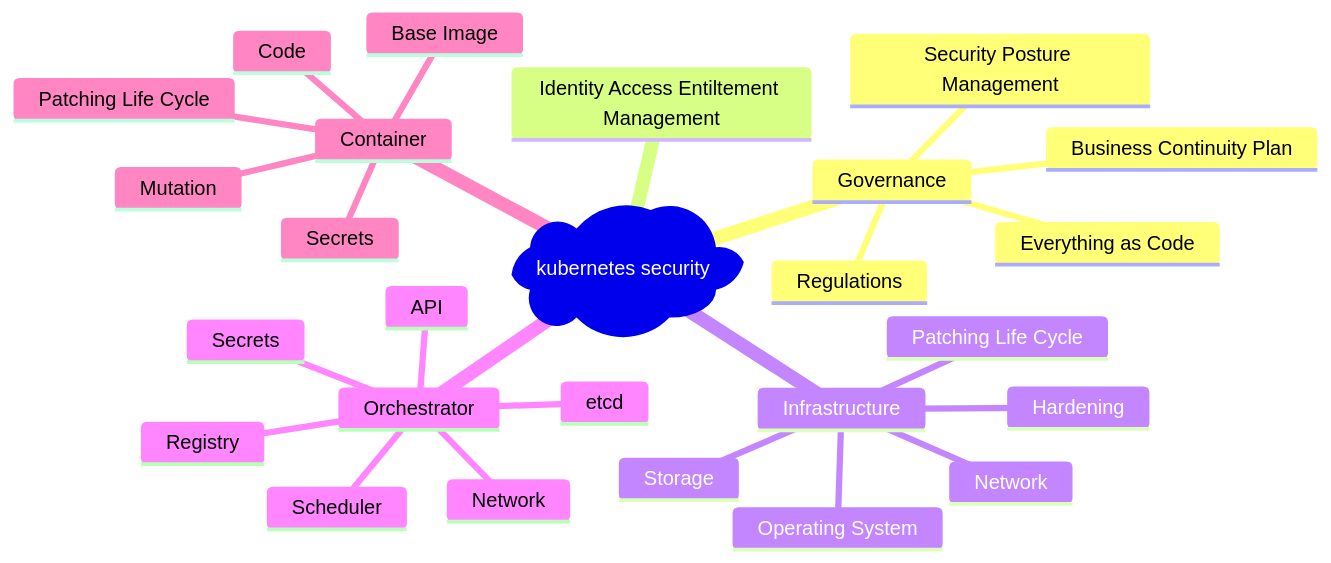
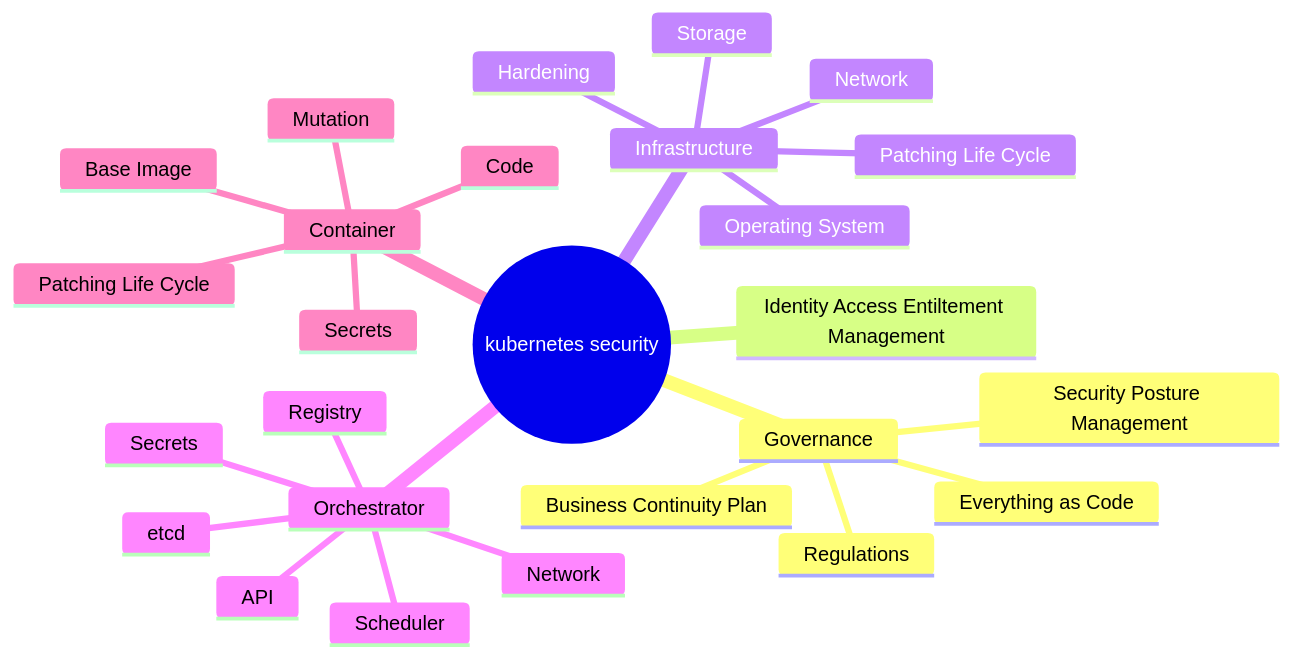
The diagram in docs/community/k8s-secrets.md (beezy-dev/verbose-couscous), drawn with Mermaid before and after one commit.

````diff
--- a/docs/community/k8s-secrets.md
+++ b/docs/community/k8s-secrets.md
@@ -4,29 +4,29 @@
 ```mermaid
-mindmap
-  id)kubernetes security(
-    Governance
-      Everything as Code
-      Regulations
-      Business Continuity Plan 
-      Security Posture Management
-    Identity Access Entiltement Management
-    Infrastructure 
-      Operating System 
-      Hardening 
-      Patching Life Cycle
-      Network
-      Storage 
-    Orchestrator 
-      API
-      etcd
-      Scheduler 
-      Network
-      Registry
-      Secrets
-    Container
-      Base Image
-      Patching Life Cycle
-      Code
-      Mutation
-      Secrets 
+  mindmap
+    root((kubernetes security))
+      Governance
+        Everything as Code
+        Regulations
+        Business Continuity Plan 
+        Security Posture Management
+      Identity Access Entiltement Management
+      Infrastructure 
+        Operating System 
+        Hardening 
+        Patching Life Cycle
+        Network
+        Storage 
+      Orchestrator 
+        API
+        etcd
+        Scheduler 
+        Network
+        Registry
+        Secrets
+      Container
+        Base Image
+        Patching Life Cycle
+        Code
+        Mutation
+        Secrets 
 ```
````
